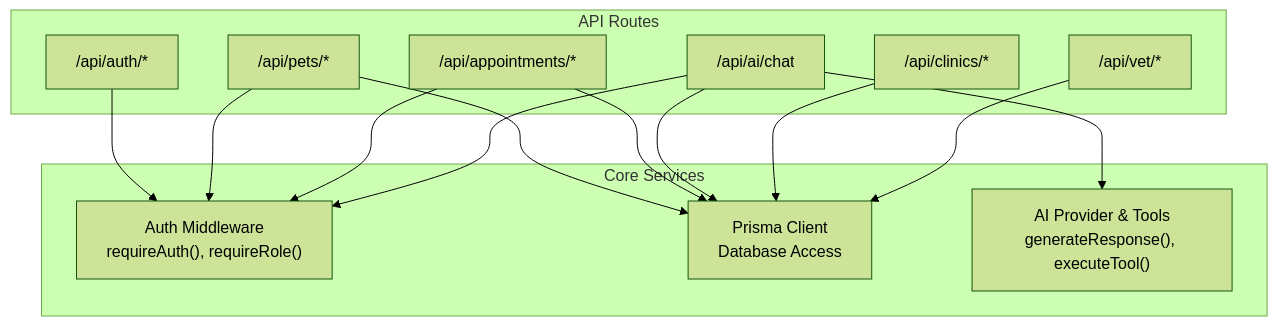
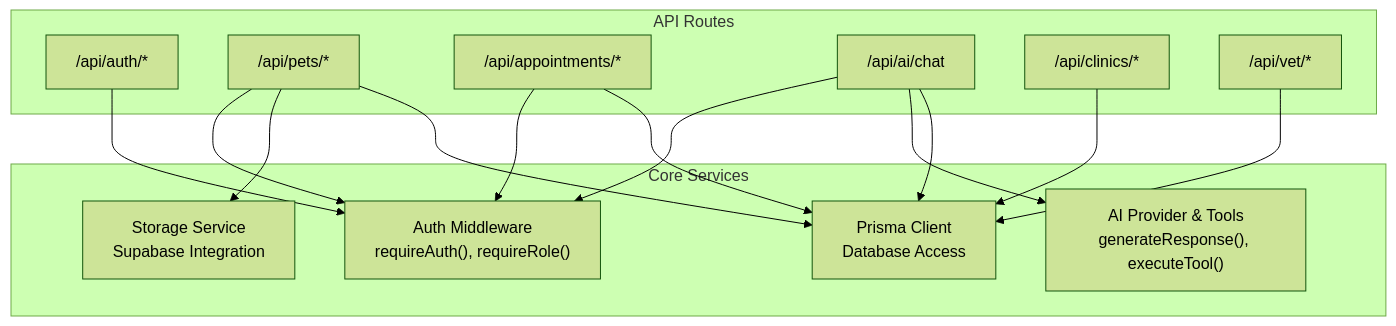
Before and after one commit to Javeria-Javaid/ai-powered-pet-healthcare-ecosystem: the first of 3 diagrams in .qoder/repowiki/en/content/System Architecture/API Architecture & Endpoints.md, drawn with Mermaid (forest theme). The commit also changed other lines of this file and 54 other files, not shown here.

````diff
--- a/.qoder/repowiki/en/content/System Architecture/API Architecture & Endpoints.md
+++ b/.qoder/repowiki/en/content/System Architecture/API Architecture & Endpoints.md
@@ -41,26 +51,28 @@
 ```mermaid
 graph TB
 subgraph "API Routes"
 A["/api/auth/*"]
 B["/api/pets/*"]
 C["/api/appointments/*"]
 D["/api/ai/chat"]
 E["/api/clinics/*"]
 F["/api/vet/*"]
 end
 subgraph "Core Services"
 S1["Auth Middleware<br/>requireAuth(), requireRole()"]
 S2["Prisma Client<br/>Database Access"]
 S3["AI Provider & Tools<br/>generateResponse(), executeTool()"]
+S4["Storage Service<br/>Supabase Integration"]
 end
 A --> S1
 B --> S1
+B --> S4
 C --> S1
 D --> S1
 D --> S3
 B --> S2
 C --> S2
 D --> S2
 E --> S2
 F --> S2
 ```
````
